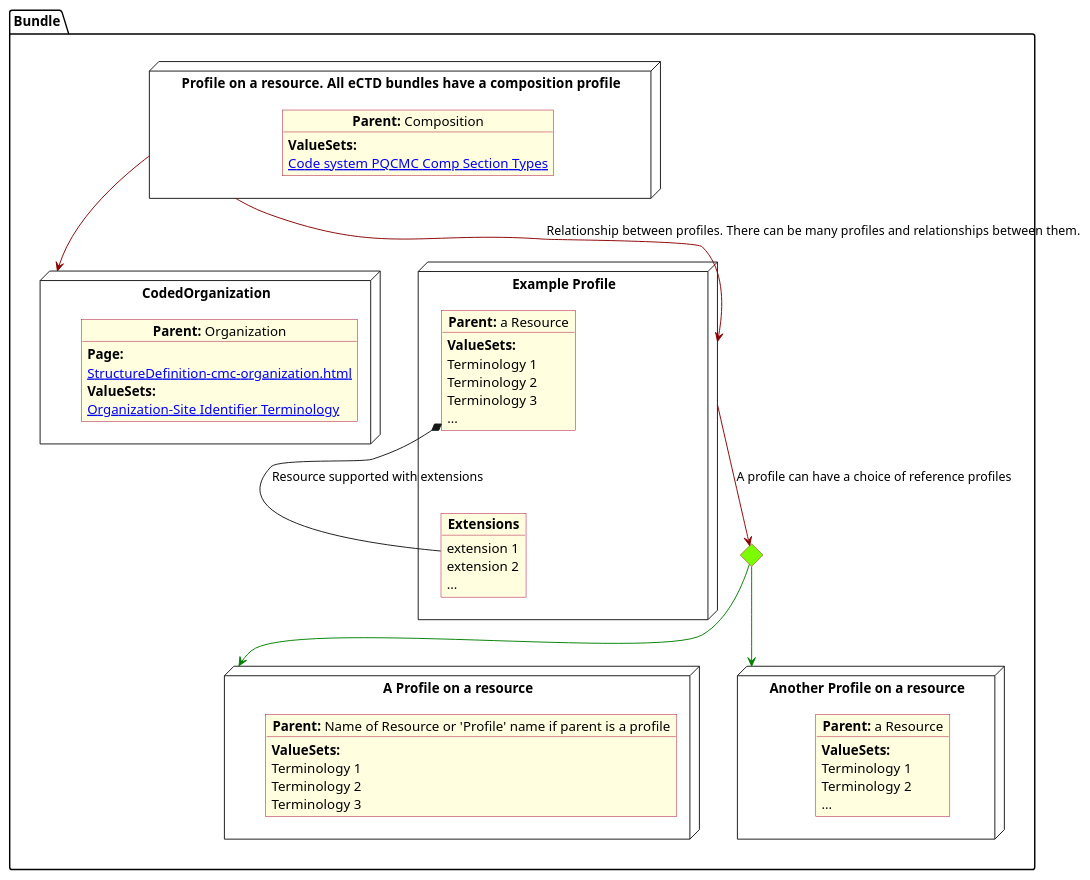
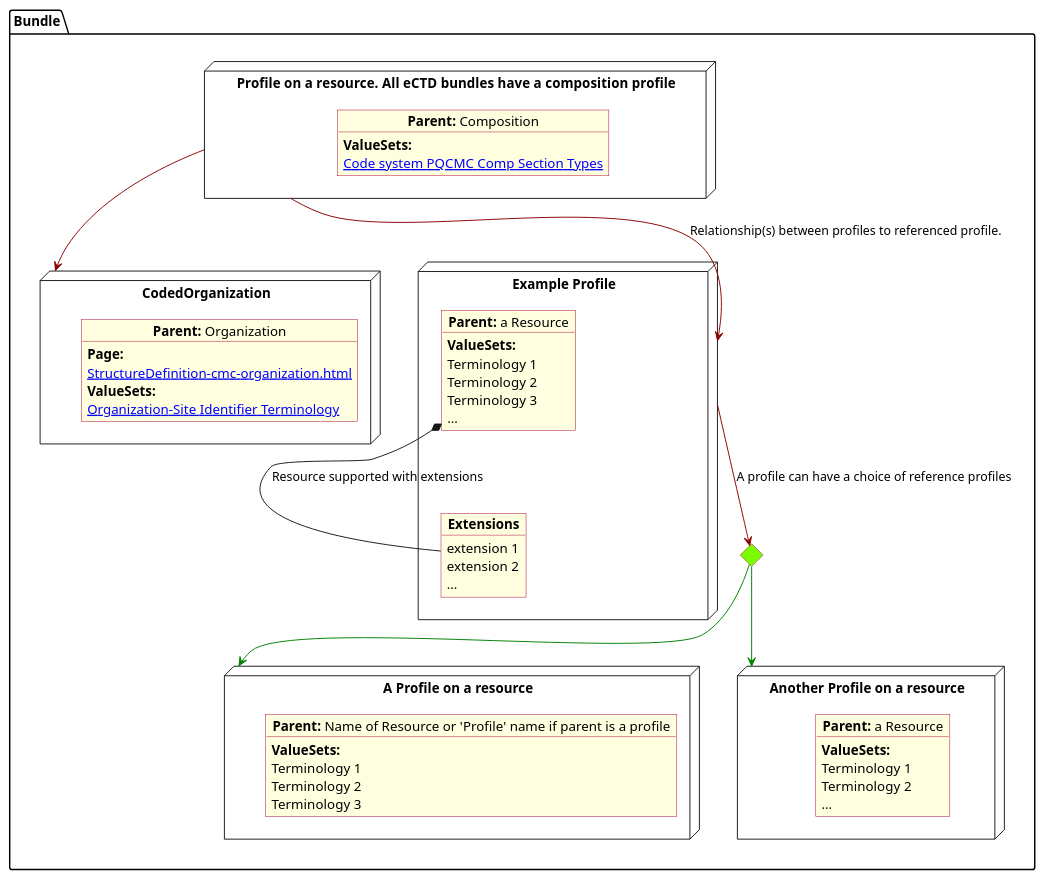
The diagram in input/images-source/legend.plantuml (HL7/FHIR-us-pq-cmc-fda), drawn with PlantUML before and after one commit. The commit also changed 24 other files, not shown here.

```diff
--- a/input/images-source/legend.plantuml
+++ b/input/images-source/legend.plantuml
@@ -1,76 +1,76 @@
 @startuml legend
 allowmixing
 'Mixed model of use case and object
 skinparam svgDimensionStyle false
 skinparam ObjectBackgroundColor LightYellow
 skinparam ObjectBorderColor #A80036
 skinparam activityDiamondBorderColor #A80036
 skinparam activityDiamondBackgroundColor lawnGreen
 skinparam ClassBorderThickness 4
 
 package "Bundle" as NODES {
   node "A Profile on a resource" as Nameprofile {
     object "**Parent:** Name of Resource or 'Profile' name if parent is a profile" as objcs {
       **ValueSets:**
       Terminology 1
       Terminology 2
       Terminology 3
     }
   }
 
   node "CodedOrganization" as NSO {
 
     object "**Parent:** Organization" as objAu {
       **Page:**
       [[StructureDefinition-cmc-organization.html]]
       **ValueSets:**
       [[ValueSet-pqcmc-org-identifier-type-terminology.html Organization-Site Identifier Terminology]]
     }
   }
 
   diamond CH
 
   node "Example Profile" as NN {
 
     object "**Parent:** a Resource" as obj3 {
       **ValueSets:**
       Terminology 1
       Terminology 2
       Terminology 3
       ...
     }
     object "**Extensions**" as objExs {
       extension 1
       extension 2
       ...
     }
     obj3 *-- objExs : Resource supported with extensions
 
   }
 
   node "Profile on a resource.  All eCTD bundles have a composition profile" as N1 {
 
     object "**Parent:** Composition" as obj1 {
       **ValueSets:**
       [[ValueSet-cmc-comp-section-types-vs.html Code system PQCMC Comp Section Types]]
     }
 
   }
 
   node "Another Profile on a resource" as NN3 {
 
     object "**Parent:** a Resource" as obj33 {
       **ValueSets:**
       Terminology 1
       Terminology 2
       ...
     }
   }
 
   N1 -[#darkred]-> NSO
   NN -[#darkred]-> CH : A profile can have a choice of reference profiles
   CH -[#green]-> Nameprofile
   CH -[#green]-> NN3
-  N1 -[#darkred]-> NN :  Relationship between profiles.  There can be many profiles and relationships between them.
+  N1 -[#darkred]-> NN :  Relationship(s) between profiles to referenced profile.  
 }
 @enduml
```
